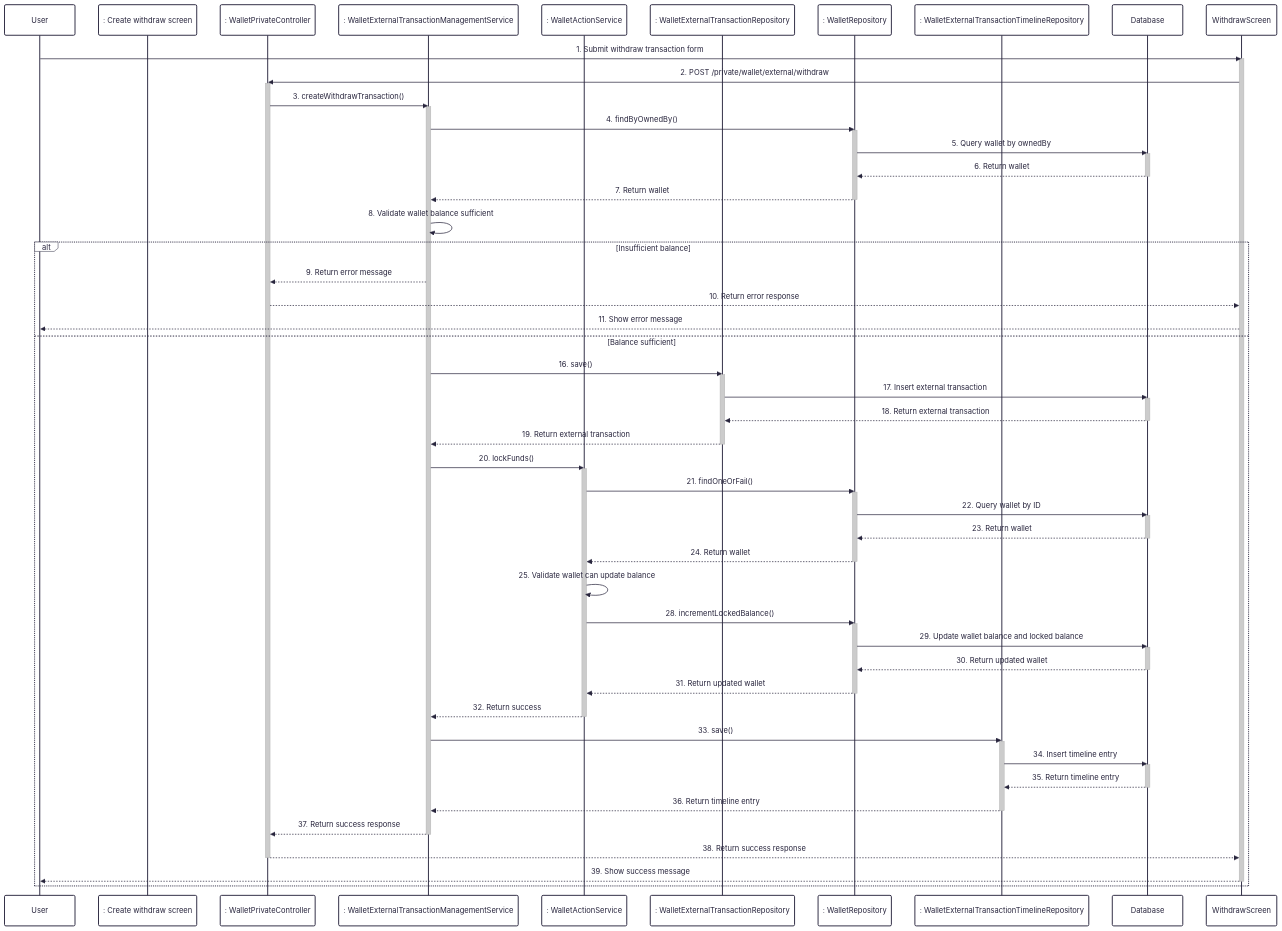
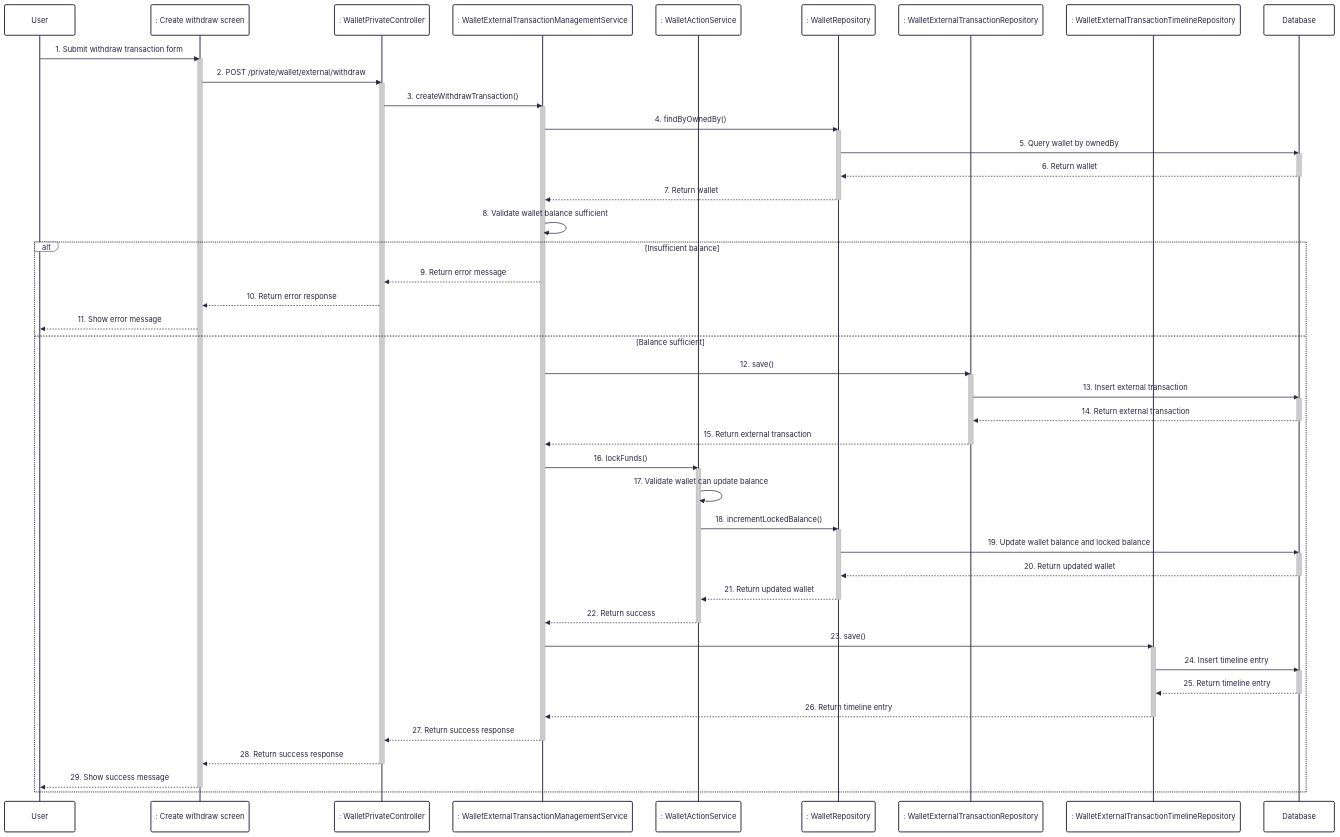
The diagram in docs/sequence/12-create-withdraw-transaction.md (UrbanLens-2025/urban-lens_server), drawn with Mermaid before and after one commit. The commit also changed 29 other files, not shown here.

````diff
--- a/docs/sequence/12-create-withdraw-transaction.md
+++ b/docs/sequence/12-create-withdraw-transaction.md
@@ -1,82 +1,74 @@
 ```mermaid
 ---
 config:
   theme: redux
   look: classic
 ---
 sequenceDiagram
     participant User
     participant Frontend as : Create withdraw screen
     participant WalletPrivateController as : WalletPrivateController
     participant WalletExternalTransactionManagementService as : WalletExternalTransactionManagementService
     participant WalletActionService as : WalletActionService
+    participant WalletRepository as : WalletRepository
     participant WalletExternalTransactionRepository as : WalletExternalTransactionRepository
-    participant WalletRepository as : WalletRepository
     participant WalletExternalTransactionTimelineRepository as : WalletExternalTransactionTimelineRepository
     participant Database
 
-    User->>WithdrawScreen: 1. Submit withdraw transaction form
-    activate WithdrawScreen
-    WithdrawScreen->>WalletPrivateController: 2. POST /private/wallet/external/withdraw
+    User->>Frontend: 1. Submit withdraw transaction form
+    activate Frontend
+    Frontend->>WalletPrivateController: 2. POST /private/wallet/external/withdraw
     activate WalletPrivateController
     WalletPrivateController->>WalletExternalTransactionManagementService: 3. createWithdrawTransaction()
     activate WalletExternalTransactionManagementService
     WalletExternalTransactionManagementService->>WalletRepository: 4. findByOwnedBy()
     activate WalletRepository
     WalletRepository->>Database: 5. Query wallet by ownedBy
     activate Database
     Database-->>WalletRepository: 6. Return wallet
     deactivate Database
     WalletRepository-->>WalletExternalTransactionManagementService: 7. Return wallet
     deactivate WalletRepository
     WalletExternalTransactionManagementService->>WalletExternalTransactionManagementService: 8. Validate wallet balance sufficient
     alt Insufficient balance
         WalletExternalTransactionManagementService-->>WalletPrivateController: 9. Return error message
-        WalletPrivateController-->>WithdrawScreen: 10. Return error response
-        WithdrawScreen-->>User: 11. Show error message
+        WalletPrivateController-->>Frontend: 10. Return error response
+        Frontend-->>User: 11. Show error message
     else Balance sufficient
-        WalletExternalTransactionManagementService->>WalletExternalTransactionRepository: 16. save()
+        WalletExternalTransactionManagementService->>WalletExternalTransactionRepository: 12. save()
         activate WalletExternalTransactionRepository
-        WalletExternalTransactionRepository->>Database: 17. Insert external transaction
+        WalletExternalTransactionRepository->>Database: 13. Insert external transaction
         activate Database
-        Database-->>WalletExternalTransactionRepository: 18. Return external transaction
+        Database-->>WalletExternalTransactionRepository: 14. Return external transaction
         deactivate Database
-        WalletExternalTransactionRepository-->>WalletExternalTransactionManagementService: 19. Return external transaction
+        WalletExternalTransactionRepository-->>WalletExternalTransactionManagementService: 15. Return external transaction
         deactivate WalletExternalTransactionRepository
-        WalletExternalTransactionManagementService->>WalletActionService: 20. lockFunds()
+        WalletExternalTransactionManagementService->>WalletActionService: 16. lockFunds()
         activate WalletActionService
-        WalletActionService->>WalletRepository: 21. findOneOrFail()
+        WalletActionService->>WalletActionService: 17. Validate wallet can update balance
+        WalletActionService->>WalletRepository: 18. incrementLockedBalance()
         activate WalletRepository
-        WalletRepository->>Database: 22. Query wallet by ID
+        WalletRepository->>Database: 19. Update wallet balance and locked balance
         activate Database
-        Database-->>WalletRepository: 23. Return wallet
+        Database-->>WalletRepository: 20. Return updated wallet
         deactivate Database
-        WalletRepository-->>WalletActionService: 24. Return wallet
+        WalletRepository-->>WalletActionService: 21. Return updated wallet
         deactivate WalletRepository
-        WalletActionService->>WalletActionService: 25. Validate wallet can update balance
-        WalletActionService->>WalletRepository: 28. incrementLockedBalance()
-        activate WalletRepository
-        WalletRepository->>Database: 29. Update wallet balance and locked balance
+        WalletActionService-->>WalletExternalTransactionManagementService: 22. Return success
+        deactivate WalletActionService
+        WalletExternalTransactionManagementService->>WalletExternalTransactionTimelineRepository: 23. save()
+        activate WalletExternalTransactionTimelineRepository
+        WalletExternalTransactionTimelineRepository->>Database: 24. Insert timeline entry
         activate Database
-        Database-->>WalletRepository: 30. Return updated wallet
+        Database-->>WalletExternalTransactionTimelineRepository: 25. Return timeline entry
         deactivate Database
-        WalletRepository-->>WalletActionService: 31. Return updated wallet
-        deactivate WalletRepository
-        WalletActionService-->>WalletExternalTransactionManagementService: 32. Return success
-        deactivate WalletActionService
-        WalletExternalTransactionManagementService->>WalletExternalTransactionTimelineRepository: 33. save()
-        activate WalletExternalTransactionTimelineRepository
-        WalletExternalTransactionTimelineRepository->>Database: 34. Insert timeline entry
-        activate Database
-        Database-->>WalletExternalTransactionTimelineRepository: 35. Return timeline entry
-        deactivate Database
-        WalletExternalTransactionTimelineRepository-->>WalletExternalTransactionManagementService: 36. Return timeline entry
+        WalletExternalTransactionTimelineRepository-->>WalletExternalTransactionManagementService: 26. Return timeline entry
         deactivate WalletExternalTransactionTimelineRepository
-        WalletExternalTransactionManagementService-->>WalletPrivateController: 37. Return success response
+        WalletExternalTransactionManagementService-->>WalletPrivateController: 27. Return success response
         deactivate WalletExternalTransactionManagementService
-        WalletPrivateController-->>WithdrawScreen: 38. Return success response
+        WalletPrivateController-->>Frontend: 28. Return success response
         deactivate WalletPrivateController
-        WithdrawScreen-->>User: 39. Show success message
-        deactivate WithdrawScreen
+        Frontend-->>User: 29. Show success message
+        deactivate Frontend
     end
 ```
````
